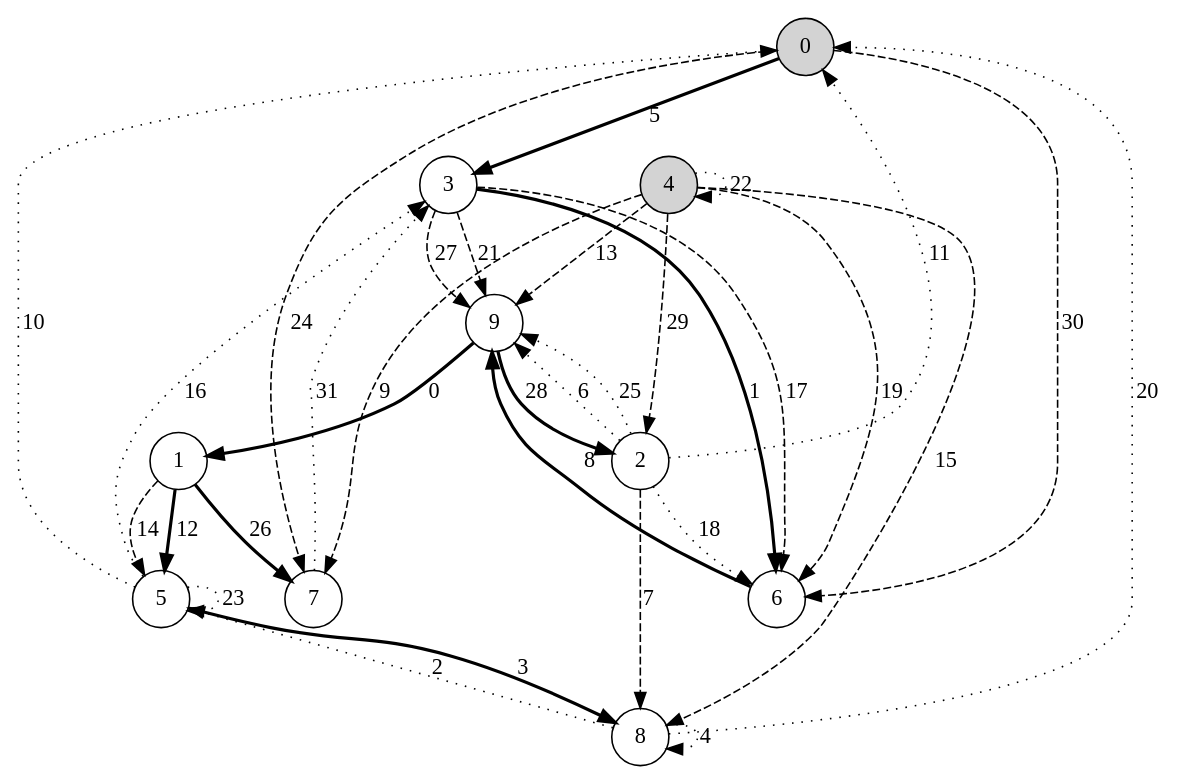
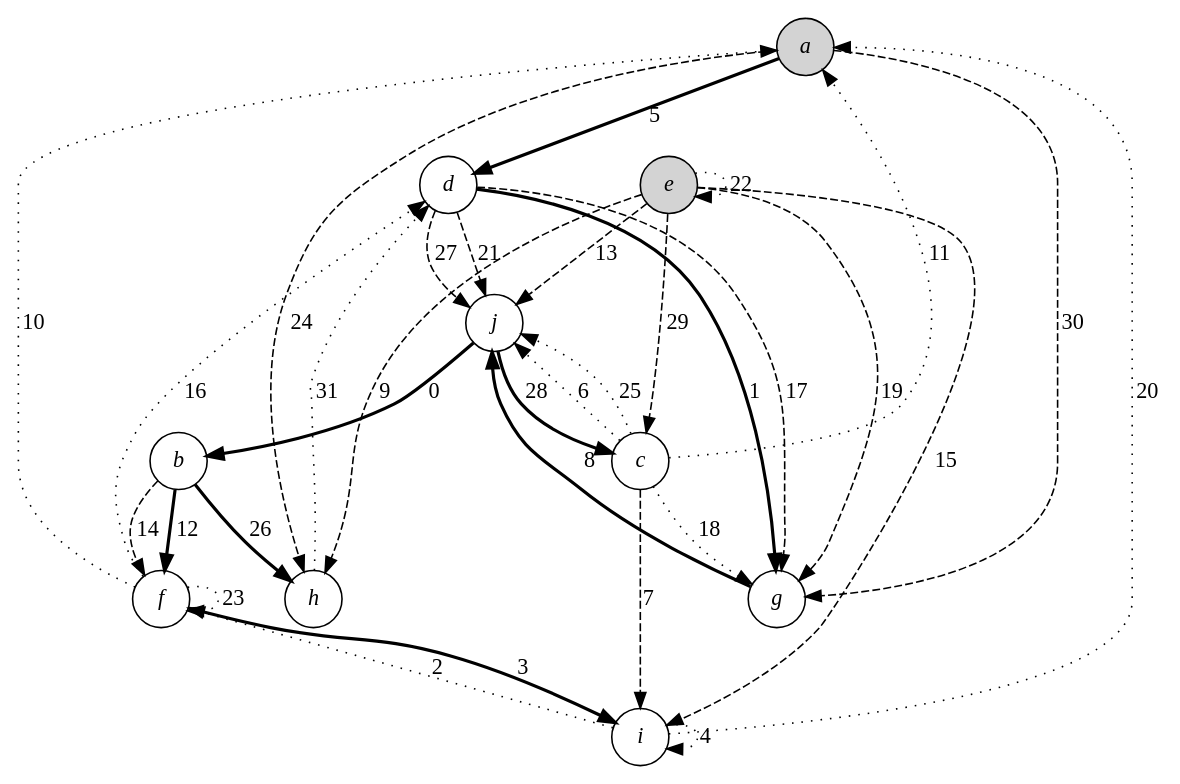
One commit to qbit86/arborescence changed the diagram in src/Ubiquitous.Workbench/IndexedGraphs/04.gv. Above: the diagram before and after it, drawn with Graphviz. The commit also changed 1 other file, not shown here.

```diff
--- a/src/Ubiquitous.Workbench/IndexedGraphs/04.gv
+++ b/src/Ubiquitous.Workbench/IndexedGraphs/04.gv
@@ -1,37 +1,37 @@
 digraph "Boost DFS forest" {
-  node [shape=circle]
-  0 [style=filled]
-  4 [style=filled]
-  9 -> 1 [label=0 style=bold]
-  3 -> 6 [label=1 style=bold]
-  8 -> 5 [label=2 style=dotted]
-  5 -> 8 [label=3 style=bold]
-  8 -> 8 [label=4 style=dotted]
-  0 -> 3 [label=5 style=bold]
-  2 -> 9 [label=6 style=dotted]
-  2 -> 8 [label=7 style=dashed]
-  6 -> 9 [label=8 style=bold]
-  4 -> 7 [label=9 style=dashed]
-  5 -> 0 [label=10 style=dotted]
-  2 -> 0 [label=11 style=dotted]
-  1 -> 5 [label=12 style=bold]
-  4 -> 9 [label=13 style=dashed]
-  1 -> 5 [label=14 style=dashed]
-  4 -> 8 [label=15 style=dashed]
-  5 -> 3 [label=16 style=dotted]
-  3 -> 6 [label=17 style=dashed]
-  2 -> 6 [label=18 style=dotted]
-  4 -> 6 [label=19 style=dashed]
-  8 -> 0 [label=20 style=dotted]
-  3 -> 9 [label=21 style=dashed]
-  4 -> 4 [label=22 style=dotted]
-  5 -> 5 [label=23 style=dotted]
-  0 -> 7 [label=24 style=dashed]
-  2 -> 9 [label=25 style=dotted]
-  1 -> 7 [label=26 style=bold]
-  3 -> 9 [label=27 style=dashed]
-  9 -> 2 [label=28 style=bold]
-  4 -> 2 [label=29 style=dashed]
-  0 -> 6 [label=30 style=dashed]
-  7 -> 3 [label=31 style=dotted]
+  node [shape=circle fontname="Times-Italic"]
+  a [style=filled]
+  e [style=filled]
+  j -> b [label=0 style=bold]
+  d -> g [label=1 style=bold]
+  i -> f [label=2 style=dotted]
+  f -> i [label=3 style=bold]
+  i -> i [label=4 style=dotted]
+  a -> d [label=5 style=bold]
+  c -> j [label=6 style=dotted]
+  c -> i [label=7 style=dashed]
+  g -> j [label=8 style=bold]
+  e -> h [label=9 style=dashed]
+  f -> a [label=10 style=dotted]
+  c -> a [label=11 style=dotted]
+  b -> f [label=12 style=bold]
+  e -> j [label=13 style=dashed]
+  b -> f [label=14 style=dashed]
+  e -> i [label=15 style=dashed]
+  f -> d [label=16 style=dotted]
+  d -> g [label=17 style=dashed]
+  c -> g [label=18 style=dotted]
+  e -> g [label=19 style=dashed]
+  i -> a [label=20 style=dotted]
+  d -> j [label=21 style=dashed]
+  e -> e [label=22 style=dotted]
+  f -> f [label=23 style=dotted]
+  a -> h [label=24 style=dashed]
+  c -> j [label=25 style=dotted]
+  b -> h [label=26 style=bold]
+  d -> j [label=27 style=dashed]
+  j -> c [label=28 style=bold]
+  e -> c [label=29 style=dashed]
+  a -> g [label=30 style=dashed]
+  h -> d [label=31 style=dotted]
 }
```
